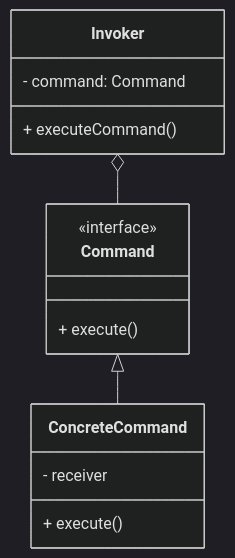
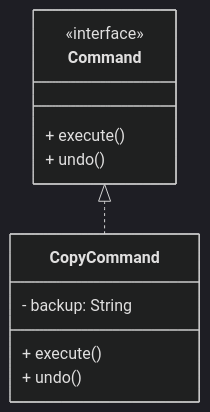
Before and after one commit to swapnilphalke97/Design-Pattern: diagram 14 of 22 in Readme.md, drawn with Mermaid (dark theme). The commit also changed other lines of this file, not shown here.

````diff
--- a/Readme.md
+++ b/Readme.md
@@ -586,17 +643,14 @@
 ```mermaid
 classDiagram
-    class Invoker {
-        - command: Command
-        + executeCommand()
-    }
     class Command {
         <<interface>>
         + execute()
+        + undo()
     }
-    class ConcreteCommand {
-        - receiver
+    class CopyCommand {
+        - backup: String
         + execute()
+        + undo()
     }
-    Invoker o-- Command
-    Command <|-- ConcreteCommand
+    Command <|.. CopyCommand
 ```
````
